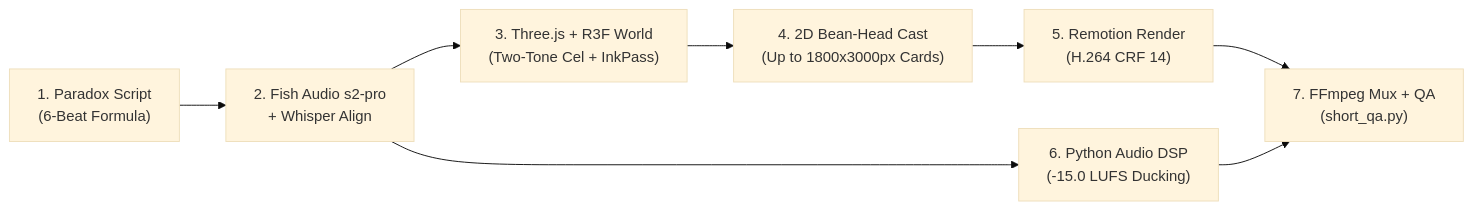
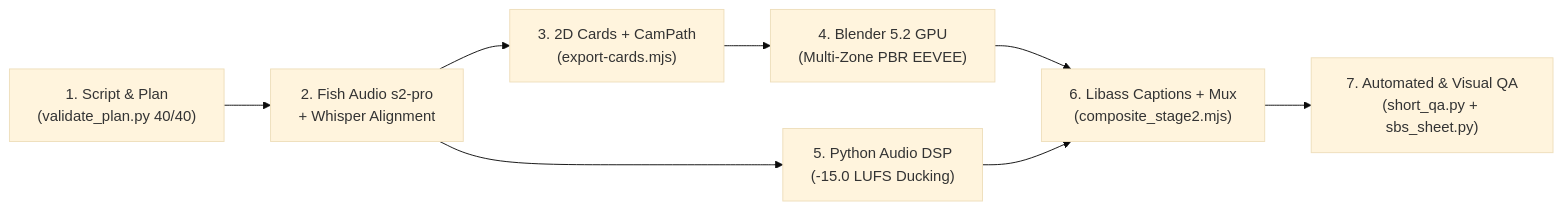
Before and after one commit to JosuaZxz/ricks-clip-skill: the diagram in README.md, drawn with Mermaid (base theme). The commit also changed other lines of this file and 49 other files, not shown here.

Commit message:
feat(v5.1): Blender 5.2 PBR pipeline, jumpState headroom, gripped props, multi-part 3D

````diff
--- a/README.md
+++ b/README.md
@@ -29,10 +40,10 @@
 ```mermaid
 flowchart LR
-    A["1. Paradox Script\n(6-Beat Formula)"] --> B["2. Fish Audio s2-pro\n+ Whisper Align"]
-    B --> C["3. Three.js + R3F World\n(Two-Tone Cel + InkPass)"]
-    C --> D["4. 2D Bean-Head Cast\n(Up to 1800x3000px Cards)"]
-    D --> E["5. Remotion Render\n(H.264 CRF 14)"]
-    B --> F["6. Python Audio DSP\n(-15.0 LUFS Ducking)"]
-    E --> G["7. FFmpeg Mux + QA\n(short_qa.py)"]
-    F --> G
+    A["1. Script & Plan\n(validate_plan.py 40/40)"] --> B["2. Fish Audio s2-pro\n+ Whisper Alignment"]
+    B --> C["3. 2D Cards + CamPath\n(export-cards.mjs)"]
+    C --> D["4. Blender 5.2 GPU\n(Multi-Zone PBR EEVEE)"]
+    B --> E["5. Python Audio DSP\n(-15.0 LUFS Ducking)"]
+    D --> F["6. Libass Captions + Mux\n(composite_stage2.mjs)"]
+    E --> F
+    F --> G["7. Automated & Visual QA\n(short_qa.py + sbs_sheet.py)"]
 ```
````
